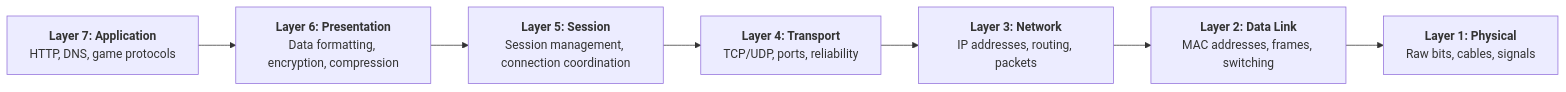
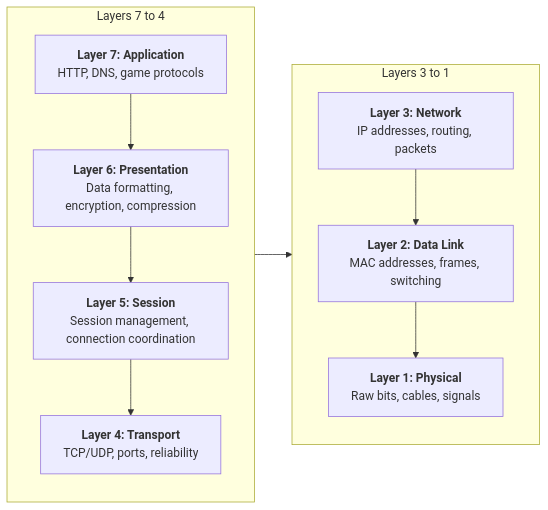
One commit to gameguild-gg/gameguild changed the first of 4 diagrams in apps/web/src/data/courses/networking/01-intro/00-lecture.md. Above: the diagram before and after it, drawn with Mermaid.

Commit message:
docs(courses/networking): Enhance OSI model diagram grouping

````diff
--- a/apps/web/src/data/courses/networking/01-intro/00-lecture.md
+++ b/apps/web/src/data/courses/networking/01-intro/00-lecture.md
@@ -42,9 +42,15 @@
 ```mermaid
 graph LR
+    subgraph left["Layers 7 to 4"]
     A["<b>Layer 7: Application</b><br/>HTTP, DNS, game protocols"] --> B["<b>Layer 6: Presentation</b><br/>Data formatting, encryption, compression"]
     B --> C["<b>Layer 5: Session</b><br/>Session management, connection coordination"]
     C --> D["<b>Layer 4: Transport</b><br/>TCP/UDP, ports, reliability"]
-    D --> E["<b>Layer 3: Network</b><br/>IP addresses, routing, packets"]
-    E --> F["<b>Layer 2: Data Link</b><br/>MAC addresses, frames, switching"]
+    end
+
+    subgraph right["Layers 3 to 1"]
+    E["<b>Layer 3: Network</b><br/>IP addresses, routing, packets"] --> F["<b>Layer 2: Data Link</b><br/>MAC addresses, frames, switching"]
     F --> G["<b>Layer 1: Physical</b><br/>Raw bits, cables, signals"]
+    end
+
+    left --> right
 ```
````
